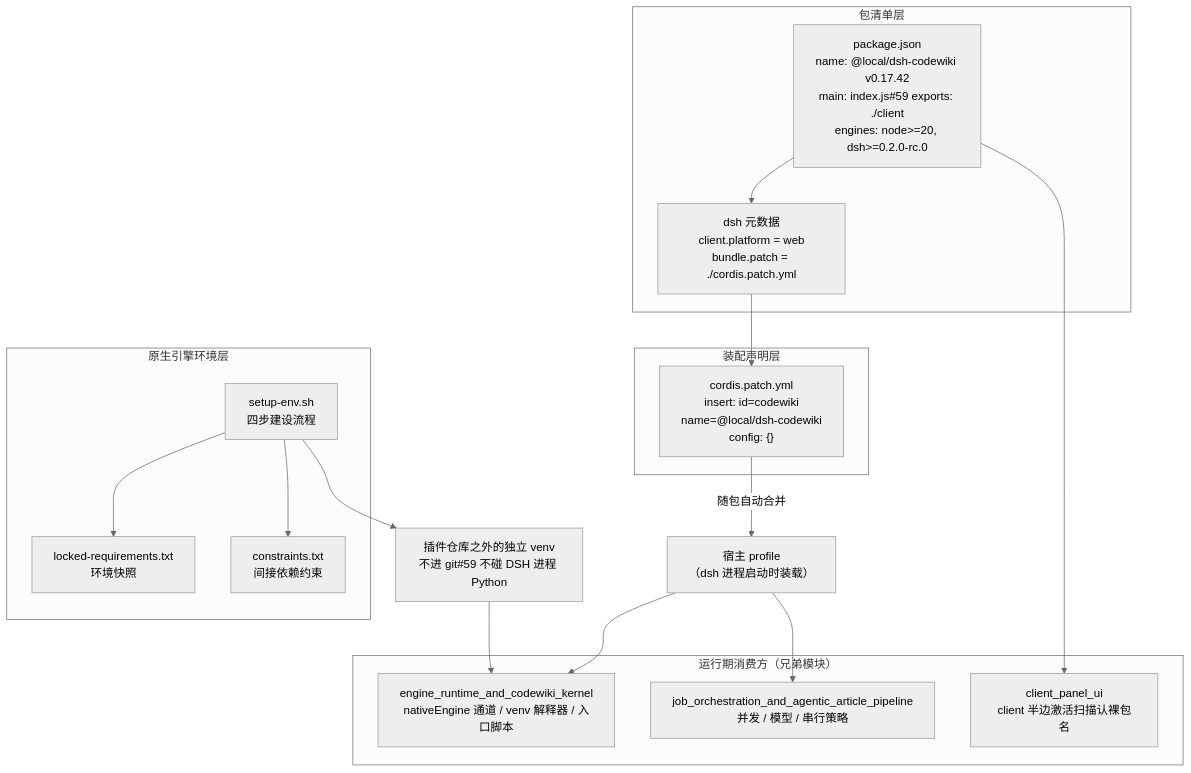
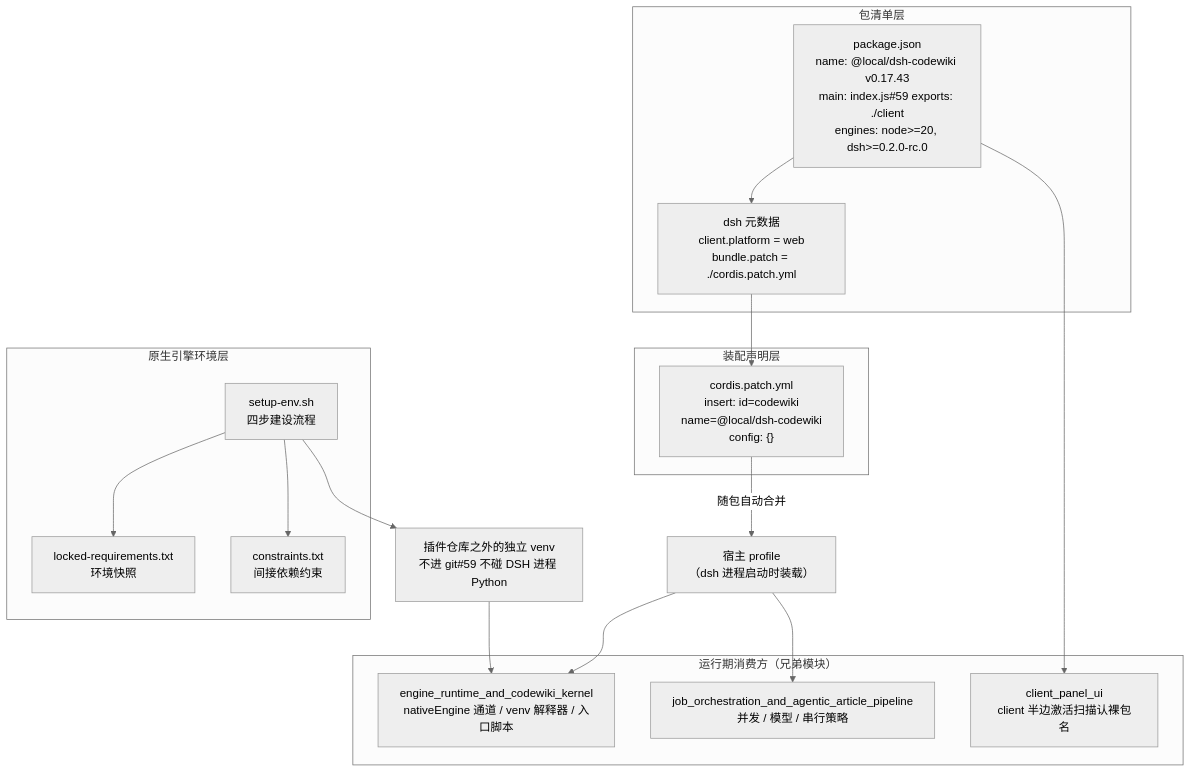
One commit to ikliml666/dsh-codewiki changed the first of 3 diagrams in .codewiki/modules/build-and-configuration.md. Above: the diagram before and after it, drawn with Mermaid (neutral theme). The commit also changed other lines of this file and 22 other files, not shown here.

````diff
--- a/.codewiki/modules/build-and-configuration.md
+++ b/.codewiki/modules/build-and-configuration.md
@@ -28,35 +28,35 @@
 ```mermaid
 flowchart TB
     subgraph PKG["包清单层"]
-        PJ["package.json<br/>name: @local/dsh-codewiki v0.17.42<br/>main: index.js#59 exports: ./client<br/>engines: node>=20, dsh>=0.2.0-rc.0"]
+        PJ["package.json<br/>name: @local/dsh-codewiki v0.17.43<br/>main: index.js#59 exports: ./client<br/>engines: node>=20, dsh>=0.2.0-rc.0"]
         DSHMETA["dsh 元数据<br/>client.platform = web<br/>bundle.patch = ./cordis.patch.yml"]
     end
 
     subgraph PATCH["装配声明层"]
         CP["cordis.patch.yml<br/>insert: id=codewiki<br/>name=@local/dsh-codewiki<br/>config: {}"]
     end
 
     subgraph ENV["原生引擎环境层"]
         SH["setup-env.sh<br/>四步建设流程"]
         LOCK["locked-requirements.txt<br/>环境快照"]
         CON["constraints.txt<br/>间接依赖约束"]
     end
 
     subgraph RUNTIME["运行期消费方（兄弟模块）"]
         ENG["engine_runtime_and_codewiki_kernel<br/>nativeEngine 通道 / venv 解释器 / 入口脚本"]
         JOB["job_orchestration_and_agentic_article_pipeline<br/>并发 / 模型 / 串行策略"]
         UI["client_panel_ui<br/>client 半边激活扫描认裸包名"]
     end
 
     PJ --> DSHMETA
     DSHMETA --> CP
     CP -->|"随包自动合并"| PROFILE["宿主 profile<br/>（dsh 进程启动时装载）"]
     SH --> LOCK
     SH --> CON
     SH --> VENV["插件仓库之外的独立 venv<br/>不进 git#59 不碰 DSH 进程 Python"]
 
     PROFILE --> JOB
     PROFILE --> ENG
     VENV --> ENG
     PJ --> UI
 ```
````
